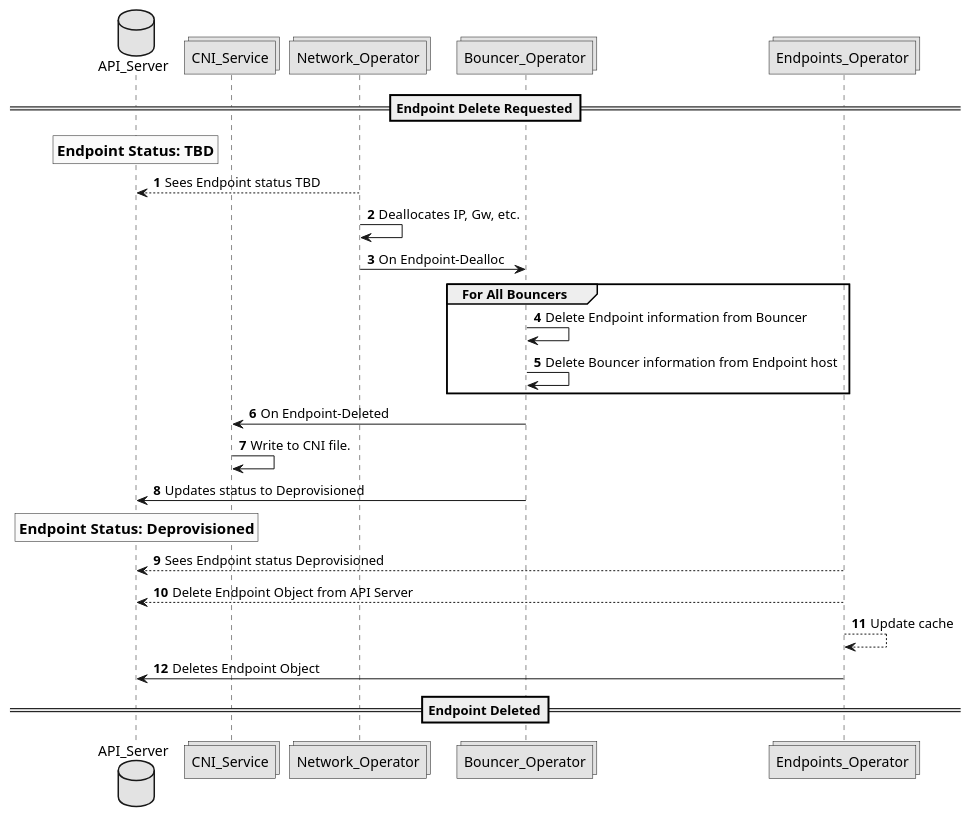
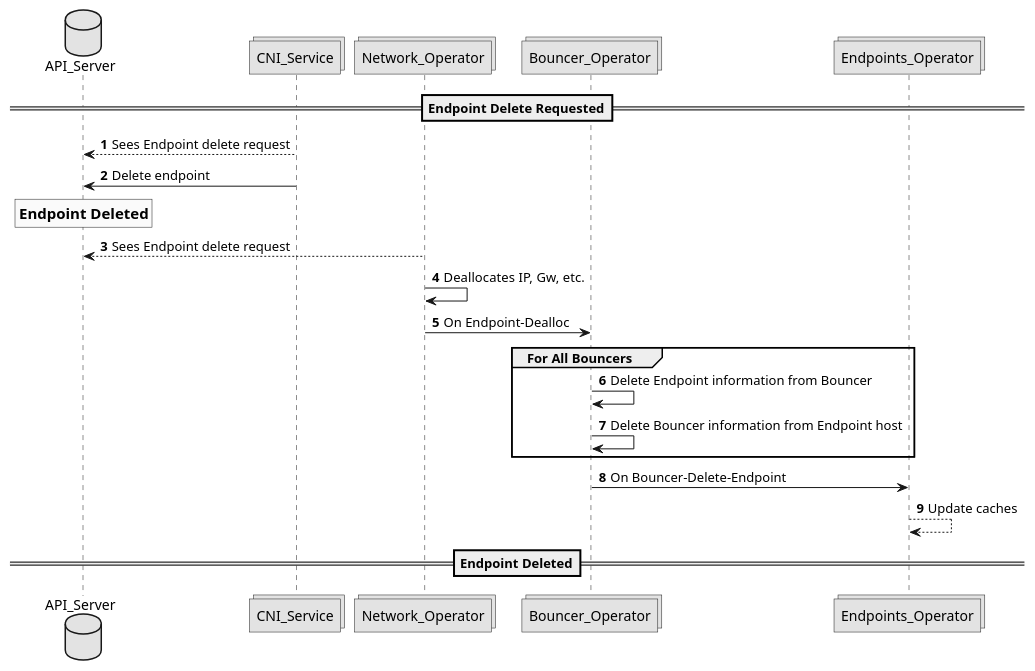
The diagram in docs/design/puml/delete_endpoint_workflow.puml (CentaurusInfra/mizar), drawn with PlantUML before and after one commit. The commit also changed 6 other files, not shown here.

Commit message:
Simplify Delete Workflow Diagram

```diff
--- a/docs/design/puml/delete_endpoint_workflow.puml
+++ b/docs/design/puml/delete_endpoint_workflow.puml
@@ -1,30 +1,26 @@
 @startuml
 
 skinparam monochrome true
 autonumber
 
 database API_Server
 collections CNI_Service
 collections Network_Operator
 collections Bouncer_Operator
 collections Endpoints_Operator
 
 ==Endpoint Delete Requested==
-rnote over API_Server: == Endpoint Status: TBD
-Network_Operator --> API_Server: Sees Endpoint status TBD
+CNI_Service --> API_Server: Sees Endpoint delete request
+CNI_Service -> API_Server: Delete endpoint
+rnote over API_Server: ==Endpoint Deleted
+Network_Operator --> API_Server: Sees Endpoint delete request
 Network_Operator -> Network_Operator: Deallocates IP, Gw, etc.
 Network_Operator -> Bouncer_Operator: On Endpoint-Dealloc
 group For All Bouncers
 Bouncer_Operator -> Bouncer_Operator: Delete Endpoint information from Bouncer
 Bouncer_Operator -> Bouncer_Operator: Delete Bouncer information from Endpoint host
 end
-Bouncer_Operator -> CNI_Service: On Endpoint-Deleted
-CNI_Service -> CNI_Service: Write to CNI file.
-Bouncer_Operator -> API_Server: Updates status to Deprovisioned
-rnote over API_Server: ==Endpoint Status: Deprovisioned
-Endpoints_Operator --> API_Server: Sees Endpoint status Deprovisioned
-Endpoints_Operator --> API_Server: Delete Endpoint Object from API Server
-Endpoints_Operator --> Endpoints_Operator: Update cache
-Endpoints_Operator -> API_Server: Deletes Endpoint Object
+Bouncer_Operator -> Endpoints_Operator: On Bouncer-Delete-Endpoint
+Endpoints_Operator --> Endpoints_Operator: Update caches
 ==Endpoint Deleted==
 @enduml
```
